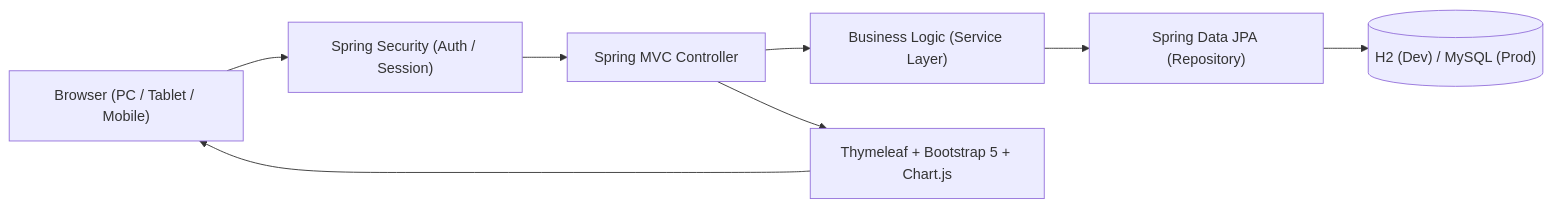
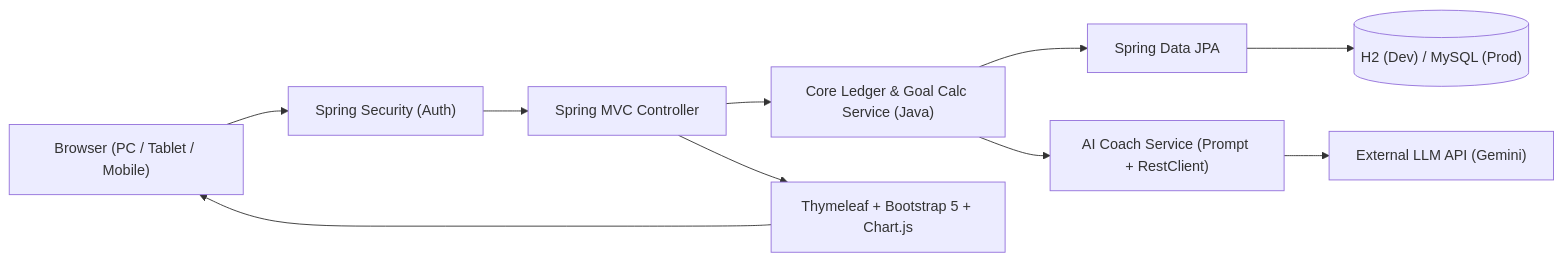
One commit to opiniom/PFS changed the first of 2 diagrams in docs/PLAN.md. Above: the diagram before and after it, drawn with Mermaid. The commit also changed other lines of this file and 1 other file, not shown here.

Commit message:
docs: add team info and AI goal coaching/overspending nag features

````diff
--- a/docs/PLAN.md
+++ b/docs/PLAN.md
@@ -68,18 +67,18 @@
 ```mermaid
 flowchart LR
     Client["Browser (PC / Tablet / Mobile)"]
+    Security["Spring Security (Auth)"]
     Controller["Spring MVC Controller"]
-    Security["Spring Security (Auth / Session)"]
-    Service["Business Logic (Service Layer)"]
-    Repo["Spring Data JPA (Repository)"]
+    Service["Core Ledger & Goal Calc Service (Java)"]
+    AIService["AI Coach Service (Prompt + RestClient)"]
+    LLM["External LLM API (Gemini)"]
+    Repo["Spring Data JPA"]
     DB[("H2 (Dev) / MySQL (Prod)")]
     View["Thymeleaf + Bootstrap 5 + Chart.js"]
 
-    Client --> Security
-    Security --> Controller
+    Client --> Security --> Controller
     Controller --> Service
-    Service --> Repo
-    Repo --> DB
-    Controller --> View
-    View --> Client
+    Service --> Repo --> DB
+    Service --> AIService --> LLM
+    Controller --> View --> Client
 ```
````
